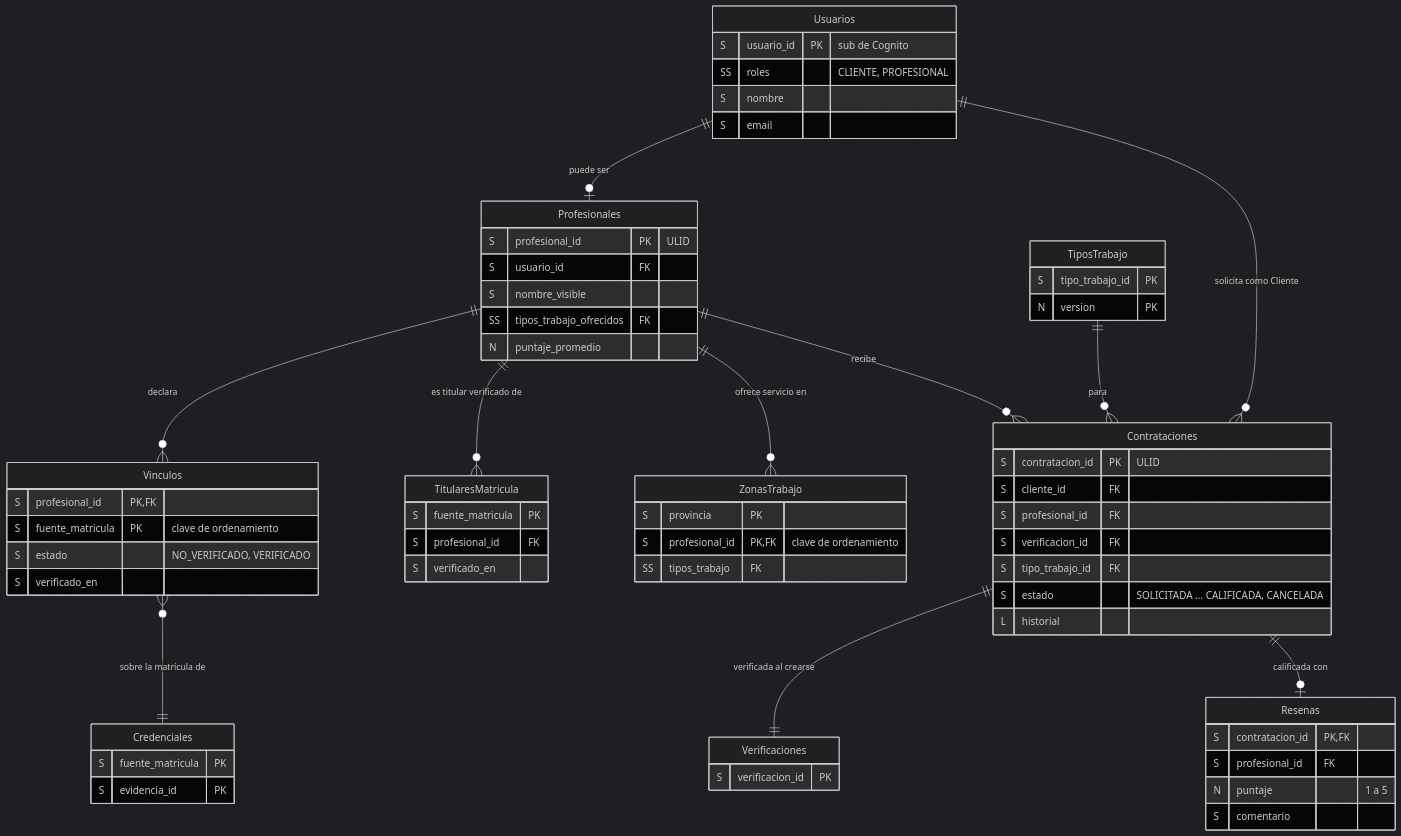
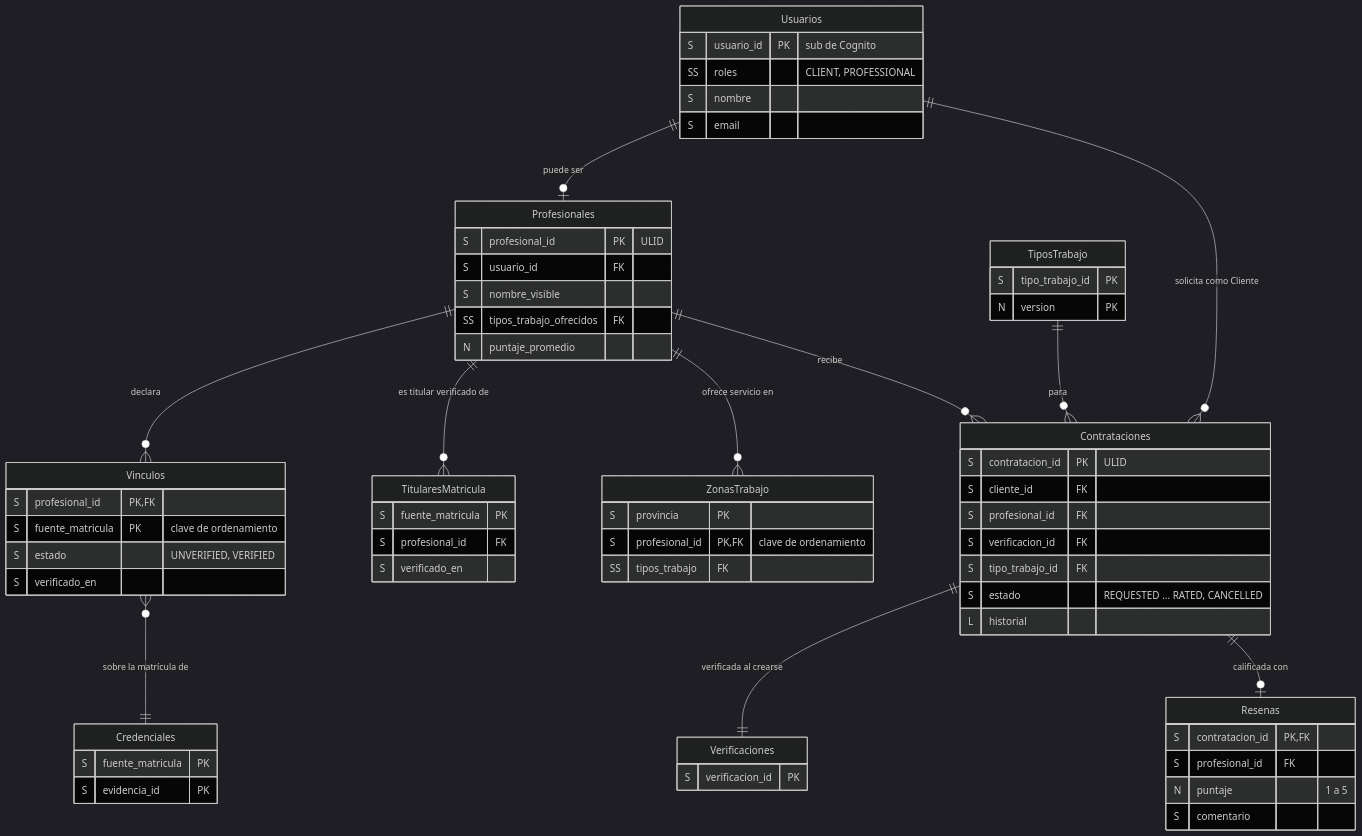
The second of 2 diagrams in database/README.md (IvanDaniliuk01/MatriculAR), drawn with Mermaid (dark theme) before and after one commit. The commit also changed other lines of this file and 23 other files, not shown here.

````diff
--- a/database/README.md
+++ b/database/README.md
@@ -161,69 +161,69 @@
 ```mermaid
 erDiagram
     Usuarios {
         S usuario_id PK "sub de Cognito"
-        SS roles "CLIENTE, PROFESIONAL"
+        SS roles "CLIENT, PROFESSIONAL"
         S nombre
         S email
     }
     Profesionales {
         S profesional_id PK "ULID"
         S usuario_id FK
         S nombre_visible
         SS tipos_trabajo_ofrecidos FK
         N puntaje_promedio
     }
     Vinculos {
         S profesional_id PK, FK
         S fuente_matricula PK "clave de ordenamiento"
-        S estado "NO_VERIFICADO, VERIFICADO"
+        S estado "UNVERIFIED, VERIFIED"
         S verificado_en
     }
     TitularesMatricula {
         S fuente_matricula PK
         S profesional_id FK
         S verificado_en
     }
     ZonasTrabajo {
         S provincia PK
         S profesional_id PK, FK "clave de ordenamiento"
         SS tipos_trabajo FK
     }
     Contrataciones {
         S contratacion_id PK "ULID"
         S cliente_id FK
         S profesional_id FK
         S verificacion_id FK
         S tipo_trabajo_id FK
-        S estado "SOLICITADA ... CALIFICADA, CANCELADA"
+        S estado "REQUESTED ... RATED, CANCELLED"
         L historial
     }
     Resenas {
         S contratacion_id PK, FK
         S profesional_id FK
         N puntaje "1 a 5"
         S comentario
     }
     Credenciales {
         S fuente_matricula PK
         S evidencia_id PK
     }
     Verificaciones {
         S verificacion_id PK
     }
     TiposTrabajo {
         S tipo_trabajo_id PK
         N version PK
     }
 
     Usuarios ||--o| Profesionales : "puede ser"
     Profesionales ||--o{ Vinculos : "declara"
     Profesionales ||--o{ TitularesMatricula : "es titular verificado de"
     Vinculos }o--|| Credenciales : "sobre la matrícula de"
     Profesionales ||--o{ ZonasTrabajo : "ofrece servicio en"
     Usuarios ||--o{ Contrataciones : "solicita como Cliente"
     Profesionales ||--o{ Contrataciones : "recibe"
     Contrataciones ||--|| Verificaciones : "verificada al crearse"
     TiposTrabajo ||--o{ Contrataciones : "para"
     Contrataciones ||--o| Resenas : "calificada con"
 ```
````
